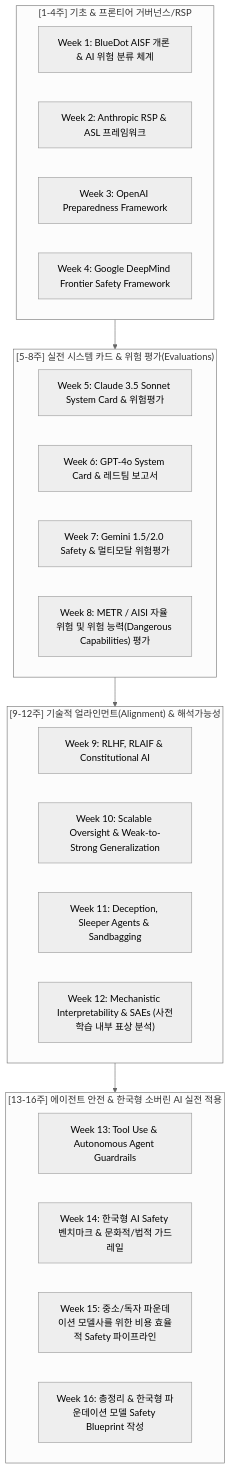
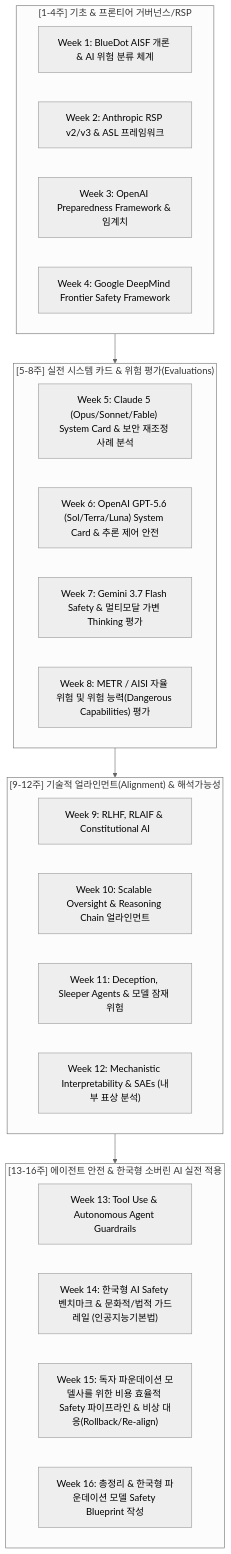
The diagram in README.md (likerberi/corpuse), drawn with Mermaid (neutral theme) before and after one commit. The commit also changed other lines of this file and 7 other files, not shown here.

````diff
--- a/README.md
+++ b/README.md
@@ -31,32 +33,32 @@
 ```mermaid
 flowchart TD
     subgraph Phase1["[1-4주] 기초 & 프론티어 거버넌스/RSP"]
         W1["Week 1: BlueDot AISF 개론 & AI 위험 분류 체계"]
-        W2["Week 2: Anthropic RSP & ASL 프레임워크"]
-        W3["Week 3: OpenAI Preparedness Framework"]
+        W2["Week 2: Anthropic RSP v2/v3 & ASL 프레임워크"]
+        W3["Week 3: OpenAI Preparedness Framework & 임계치"]
         W4["Week 4: Google DeepMind Frontier Safety Framework"]
     end
 
     subgraph Phase2["[5-8주] 실전 시스템 카드 & 위험 평가(Evaluations)"]
-        W5["Week 5: Claude 3.5 Sonnet System Card & 위험평가"]
-        W6["Week 6: GPT-4o System Card & 레드팀 보고서"]
-        W7["Week 7: Gemini 1.5/2.0 Safety & 멀티모달 위험평가"]
+        W5["Week 5: Claude 5 (Opus/Sonnet/Fable) System Card & 보안 재조정 사례 분석"]
+        W6["Week 6: OpenAI GPT-5.6 (Sol/Terra/Luna) System Card & 추론 제어 안전"]
+        W7["Week 7: Gemini 3.7 Flash Safety & 멀티모달 가변 Thinking 평가"]
         W8["Week 8: METR / AISI 자율 위험 및 위험 능력(Dangerous Capabilities) 평가"]
     end
 
     subgraph Phase3["[9-12주] 기술적 얼라인먼트(Alignment) & 해석가능성"]
         W9["Week 9: RLHF, RLAIF & Constitutional AI"]
-        W10["Week 10: Scalable Oversight & Weak-to-Strong Generalization"]
-        W11["Week 11: Deception, Sleeper Agents & Sandbagging"]
-        W12["Week 12: Mechanistic Interpretability & SAEs (사전학습 내부 표상 분석)"]
+        W10["Week 10: Scalable Oversight & Reasoning Chain 얼라인먼트"]
+        W11["Week 11: Deception, Sleeper Agents & 모델 잠재 위험"]
+        W12["Week 12: Mechanistic Interpretability & SAEs (내부 표상 분석)"]
     end
 
     subgraph Phase4["[13-16주] 에이전트 안전 & 한국형 소버린 AI 실전 적용"]
         W13["Week 13: Tool Use & Autonomous Agent Guardrails"]
-        W14["Week 14: 한국형 AI Safety 벤치마크 & 문화적/법적 가드레일"]
-        W15["Week 15: 중소/독자 파운데이션 모델사를 위한 비용 효율적 Safety 파이프라인"]
+        W14["Week 14: 한국형 AI Safety 벤치마크 & 문화적/법적 가드레일 (인공지능기본법)"]
+        W15["Week 15: 독자 파운데이션 모델사를 위한 비용 효율적 Safety 파이프라인 & 비상 대응(Rollback/Re-align)"]
         W16["Week 16: 총정리 & 한국형 파운데이션 모델 Safety Blueprint 작성"]
     end
 
     Phase1 --> Phase2 --> Phase3 --> Phase4
 ```
````
